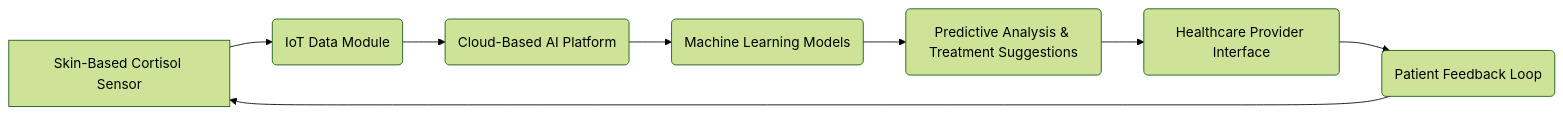
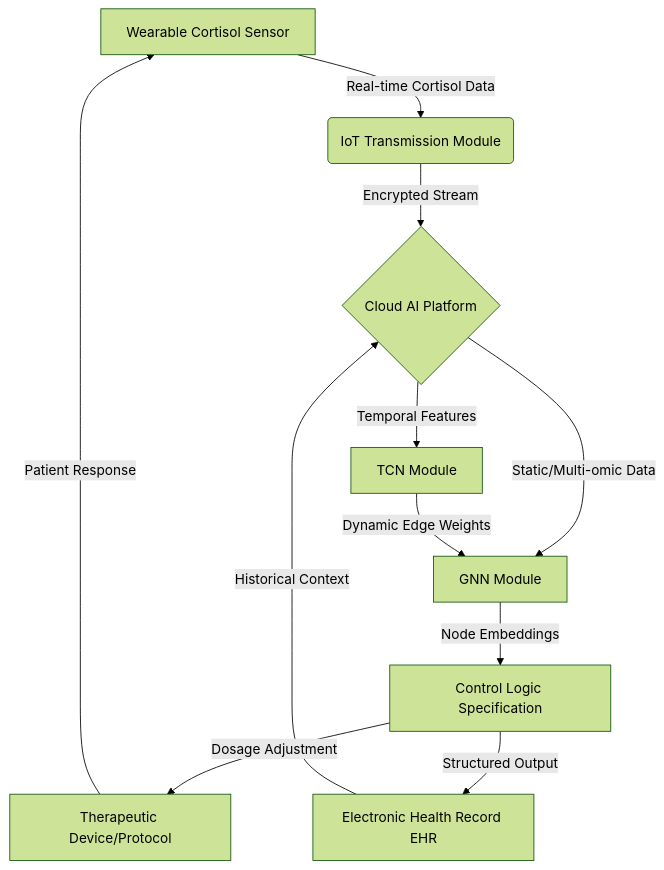
The diagram in inventions/inv_hybrid_ai_driven_diagnostic_platform_for_real_ti_6f2ad.md (shawnhvac/agentworld-prior-art), drawn with Mermaid (forest theme) before and after one commit. The commit also changed other lines of this file and 139 other files, not shown here.

````diff
--- a/inventions/inv_hybrid_ai_driven_diagnostic_platform_for_real_ti_6f2ad.md
+++ b/inventions/inv_hybrid_ai_driven_diagnostic_platform_for_real_ti_6f2ad.md
@@ -47,10 +47,13 @@
 ```mermaid
-graph LR
-    A[Skin-Based Cortisol Sensor] --> B(IoT Data Module)
-    B --> C(Cloud-Based AI Platform)
-    C --> D(Machine Learning Models)
-    D --> E(Predictive Analysis & Treatment Suggestions)
-    E --> F(Healthcare Provider Interface)
-    F --> G(Patient Feedback Loop)
-    G --> A
+graph TD
+    A[Wearable Cortisol Sensor] -->|Real-time Cortisol Data| B(IoT Transmission Module)
+    B -->|Encrypted Stream| C{Cloud AI Platform}
+    C -->|Temporal Features| D[TCN Module]
+    C -->|Static/Multi-omic Data| E[GNN Module]
+    D -->|Dynamic Edge Weights| E
+    E -->|Node Embeddings| F[Control Logic Specification]
+    F -->|Dosage Adjustment | G[Therapeutic Device/Protocol]
+    F -->|Structured Output| H[Electronic Health Record EHR]
+    G -->|Patient Response| A
+    H -->|Historical Context| C
 ```
````
